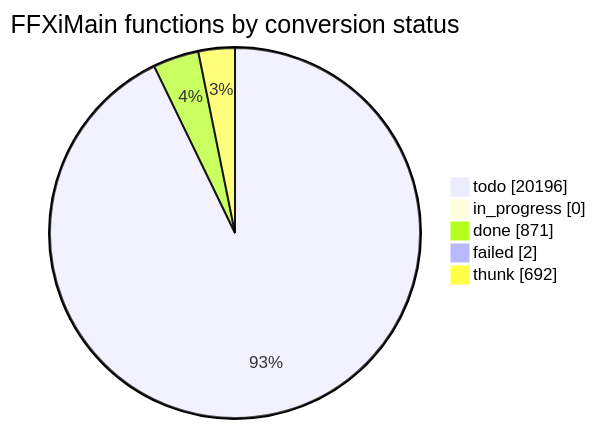
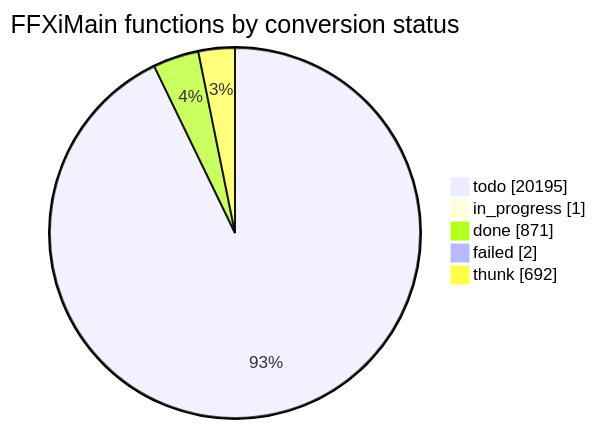
Before and after one commit to cowrevenge/cow_kuluu_xi_anything: the diagram in docs/cow/STATUS.md, drawn with Mermaid. The commit also changed other lines of this file and 7 other files, not shown here.

````diff
--- a/docs/cow/STATUS.md
+++ b/docs/cow/STATUS.md
@@ -18,9 +18,9 @@
 ```mermaid
 pie showData
     title FFXiMain functions by conversion status
-    "todo" : 20196
-    "in_progress" : 0
+    "todo" : 20195
+    "in_progress" : 1
     "done" : 871
     "failed" : 2
     "thunk" : 692
 ```
````
